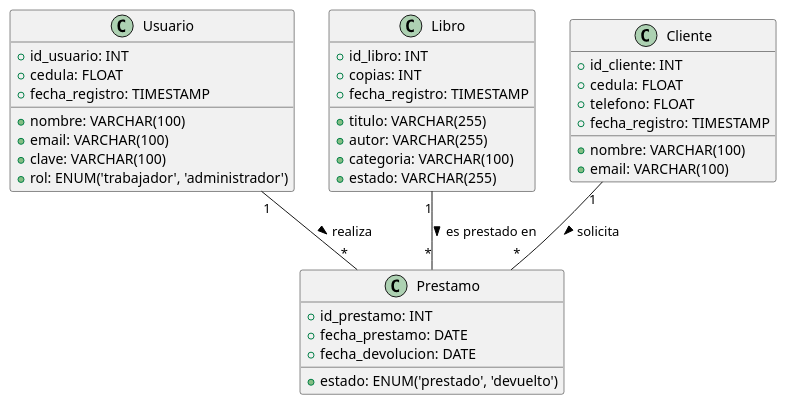
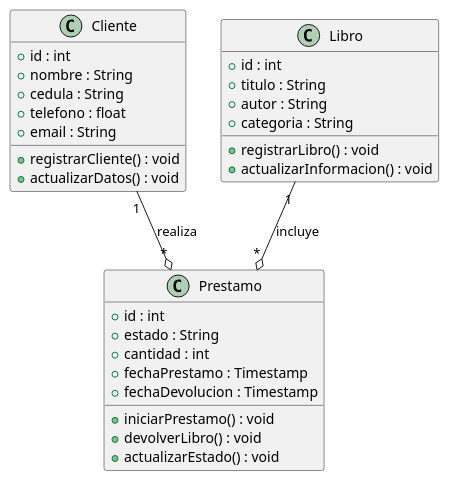
The diagram in Diagramas/Diagramas_Clases.wsd (CorhuilaUniversitario/Biblioteca-Atena), drawn with PlantUML before and after one commit. The commit also changed 86 other files, not shown here.

```diff
--- a/Diagramas/Diagramas_Clases.wsd
+++ b/Diagramas/Diagramas_Clases.wsd
@@ -1,43 +1,39 @@
 @startuml Diagrama_Clases
 
-class Usuario {
-    +id_usuario: INT
-    +nombre: VARCHAR(100)
-    +cedula: FLOAT
-    +email: VARCHAR(100)
-    +clave: VARCHAR(100)
-    +rol: ENUM('trabajador', 'administrador')
-    +fecha_registro: TIMESTAMP
+class Cliente {
+    +id : int
+    +nombre : String
+    +cedula : String
+    +telefono : float
+    +email : String
+    
+    +registrarCliente() : void
+    +actualizarDatos() : void
 }
 
 class Libro {
-    +id_libro: INT
-    +titulo: VARCHAR(255)
-    +autor: VARCHAR(255)
-    +categoria: VARCHAR(100)
-    +copias: INT
-    +estado: VARCHAR(255)
-    +fecha_registro: TIMESTAMP
-}
-
-class Cliente {
-    +id_cliente: INT
-    +nombre: VARCHAR(100)
-    +cedula: FLOAT
-    +telefono: FLOAT
-    +email: VARCHAR(100)
-    +fecha_registro: TIMESTAMP
+    +id : int
+    +titulo : String
+    +autor : String
+    +categoria : String
+    
+    +registrarLibro() : void
+    +actualizarInformacion() : void
 }
 
 class Prestamo {
-    +id_prestamo: INT
-    +fecha_prestamo: DATE
-    +fecha_devolucion: DATE
-    +estado: ENUM('prestado', 'devuelto')
+    +id : int
+    +estado : String
+    +cantidad : int
+    +fechaPrestamo : Timestamp
+    +fechaDevolucion : Timestamp
+    
+    +iniciarPrestamo() : void
+    +devolverLibro() : void
+    +actualizarEstado() : void
 }
 
-Usuario "1" -- "*" Prestamo: realiza >
-Cliente "1" -- "*" Prestamo: solicita >
-Libro "1" -- "*" Prestamo: es prestado en >
+Cliente "1" --o "*" Prestamo : realiza
+Libro "1" --o "*" Prestamo : incluye
 
 @enduml
```
